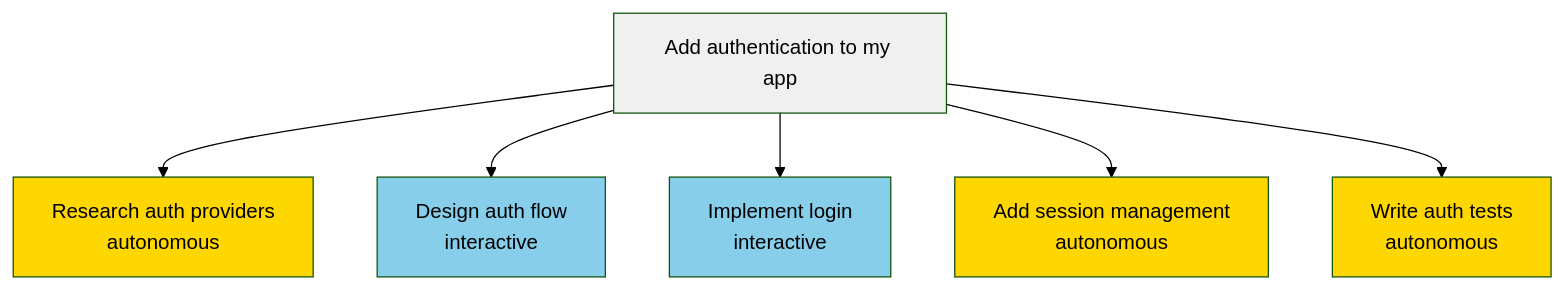
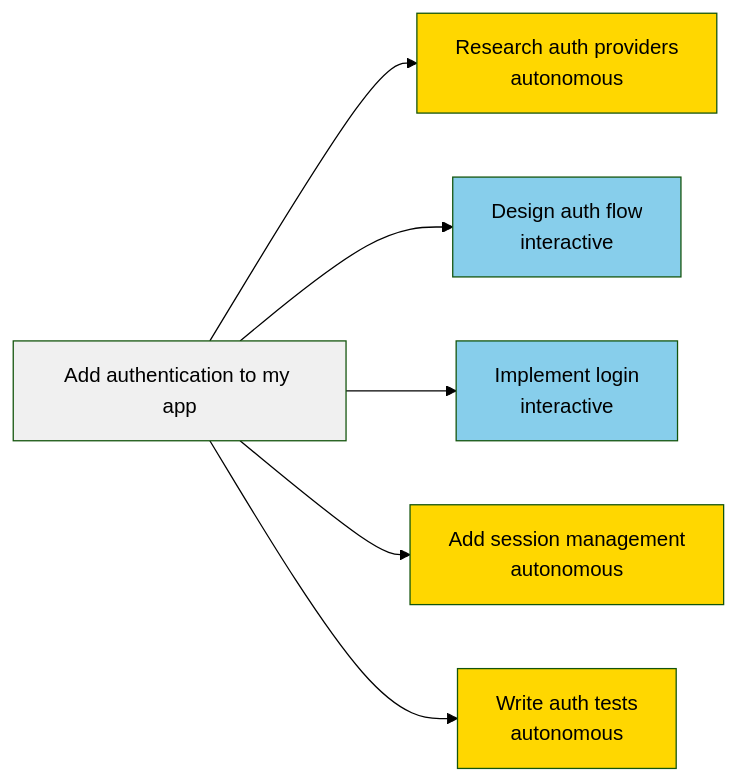
The second of 5 diagrams in docs/index.md (tartavull/context), drawn with Mermaid (forest theme) before and after one commit. The commit also changed other lines of this file and 2 other files, not shown here.

Commit message:
Clean up documentation: add MIT license, remove placeholders, make diagrams horizontal

```diff
--- a/docs/index.md
+++ b/docs/index.md
@@ -63,15 +60,15 @@
 <div class="mermaid">
-graph TD
+graph LR
     A["Add authentication to my app"] --> B[Research auth providers<br/>autonomous]
     A --> C[Design auth flow<br/>interactive]
     A --> D[Implement login<br/>interactive]
     A --> E[Add session management<br/>autonomous]
     A --> F[Write auth tests<br/>autonomous]
     
     style B fill:#ffd700
     style C fill:#87ceeb
     style D fill:#87ceeb
     style E fill:#ffd700
     style F fill:#ffd700
     style A fill:#f0f0f0
 </div>
```
